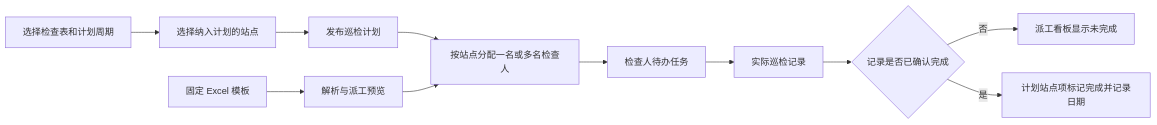
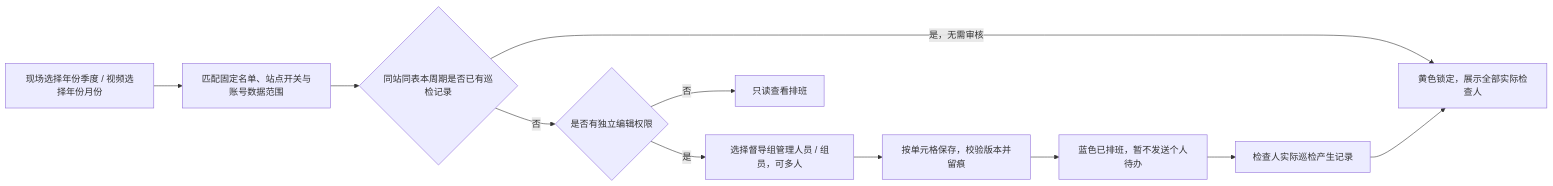
One commit to HanchengZuo/ywddzx-smart-platform changed the ninth of 11 diagrams in README.md. Above: the diagram before and after it, drawn with Mermaid. The commit also changed other lines of this file and 29 other files, not shown here.

````diff
--- a/README.md
+++ b/README.md
@@ -540,13 +550,13 @@
 ```mermaid
 flowchart LR
-    C[选择检查表和计划周期] --> S[选择纳入计划的站点]
-    S --> P[发布巡检计划]
-    P --> A[按站点分配一名或多名检查人]
-    TEMPLATE[固定 Excel 模板] --> PREVIEW[解析与派工预览]
-    PREVIEW --> A
-    A --> TODO[检查人待办任务]
-    TODO --> I[实际巡检记录]
-    I --> DONE{记录是否已确认完成}
-    DONE -->|否| BOARD[派工看板显示未完成]
-    DONE -->|是| FINISH[计划站点项标记完成并记录日期]
+    C[现场选择年份季度 / 视频选择年份月份] --> S[匹配固定名单、站点开关与账号数据范围]
+    S --> DONE{同站同表本周期是否已有巡检记录}
+    DONE -->|是，无需审核| FINISH[黄色锁定，展示全部实际检查人]
+    DONE -->|否| AUTH{是否有独立编辑权限}
+    AUTH -->|否| READ[只读查看排班]
+    AUTH -->|是| A[选择督导组管理人员 / 组员，可多人]
+    A --> SAVE[按单元格保存，校验版本并留痕]
+    SAVE --> BOARD[蓝色已排班，暂不发送个人待办]
+    BOARD --> I[检查人实际巡检产生记录]
+    I --> FINISH
 ```
````
